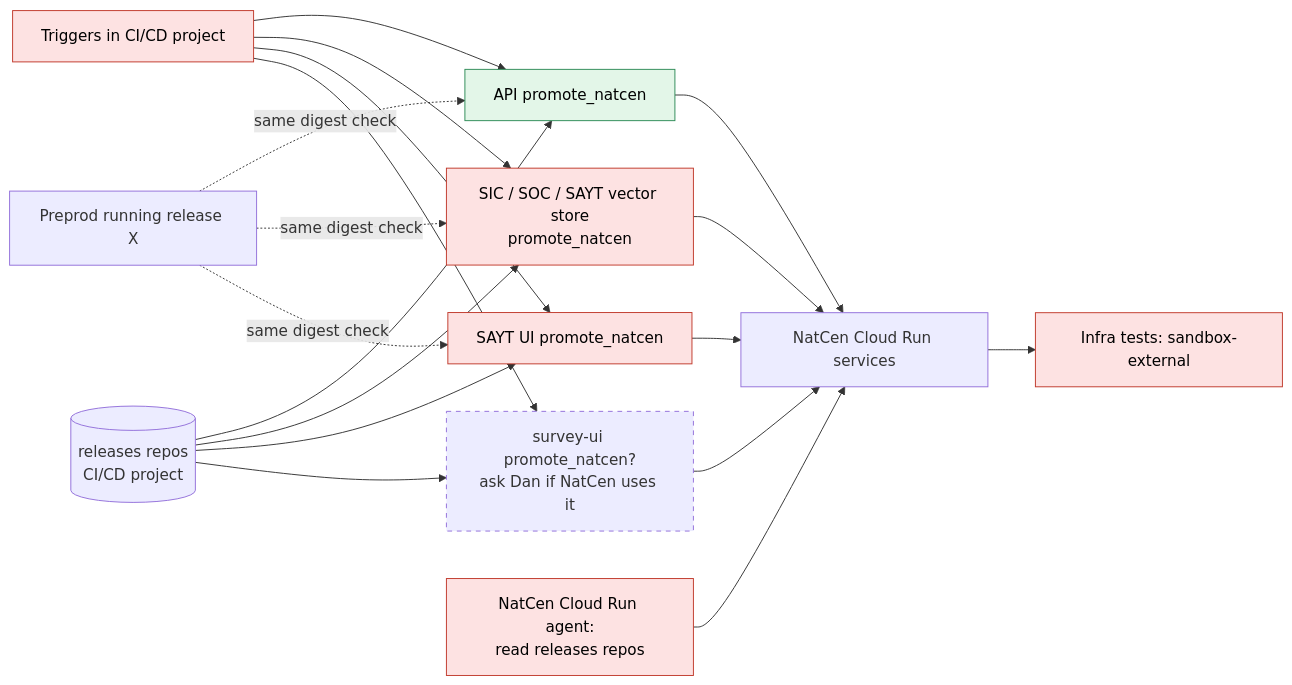
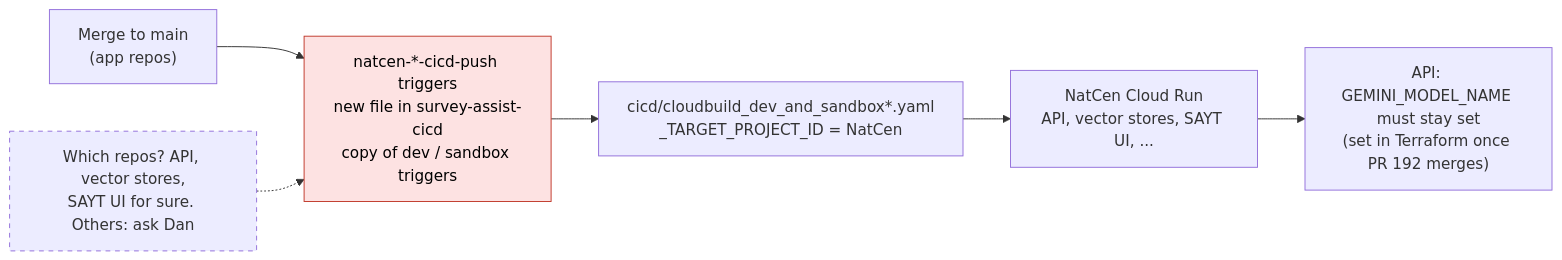
The fifth of 7 diagrams in my-notes/survey-assist-diagrams.md (joebadmus/gpt-clone), drawn with Mermaid before and after one commit. The commit also changed other lines of this file, not shown here.

````diff
--- a/my-notes/survey-assist-diagrams.md
+++ b/my-notes/survey-assist-diagrams.md
@@ -166,24 +237,12 @@
 ```mermaid
 flowchart LR
     classDef todo fill:#fde2e2,stroke:#c0392b,color:#000
-    classDef done fill:#e3f6e8,stroke:#2e8b57,color:#000
     classDef unknown stroke-dasharray: 5 5
 
-    RELAR[("releases repos<br/>CI/CD project")]
-    PPR["Preprod running release X"]
-
-    API["API promote_natcen"]:::done
-    SICN["SIC / SOC / SAYT vector store<br/>promote_natcen"]:::todo
-    SAYTN["SAYT UI promote_natcen"]:::todo
-    UIN["survey-ui promote_natcen?<br/>ask Dan if NatCen uses it"]:::unknown
-    TRIG["Triggers in CI/CD project"]:::todo
-    IAM["NatCen Cloud Run agent:<br/>read releases repos"]:::todo
-    TESTS["Infra tests: sandbox-external"]:::todo
-
-    TRIG --> API & SICN & SAYTN & UIN
-    RELAR --> API & SICN & SAYTN & UIN
-    PPR -. same digest check .-> API & SICN & SAYTN
-    API & SICN & SAYTN & UIN --> NATCR["NatCen Cloud Run services"]
-    IAM --> NATCR
-    NATCR --> TESTS
+    MERGE["Merge to main<br/>(app repos)"] --> NT["natcen-*-cicd-push triggers<br/>new file in survey-assist-cicd<br/>copy of dev / sandbox triggers"]:::todo
+    NT --> Y["cicd/cloudbuild_dev_and_sandbox*.yaml<br/>_TARGET_PROJECT_ID = NatCen"]
+    Y --> NCR["NatCen Cloud Run<br/>API, vector stores, SAYT UI, ..."]
+    WHICH["Which repos? API, vector stores,<br/>SAYT UI for sure. Others: ask Dan"]:::unknown
+    WHICH -.-> NT
+    NCR --> CHK["API: GEMINI_MODEL_NAME must stay set<br/>(set in Terraform once PR 192 merges)"]
 ```
````
